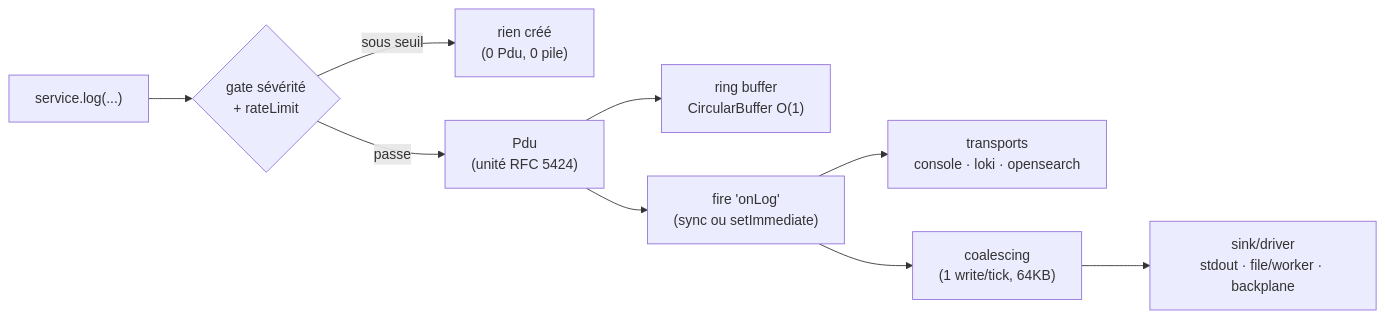
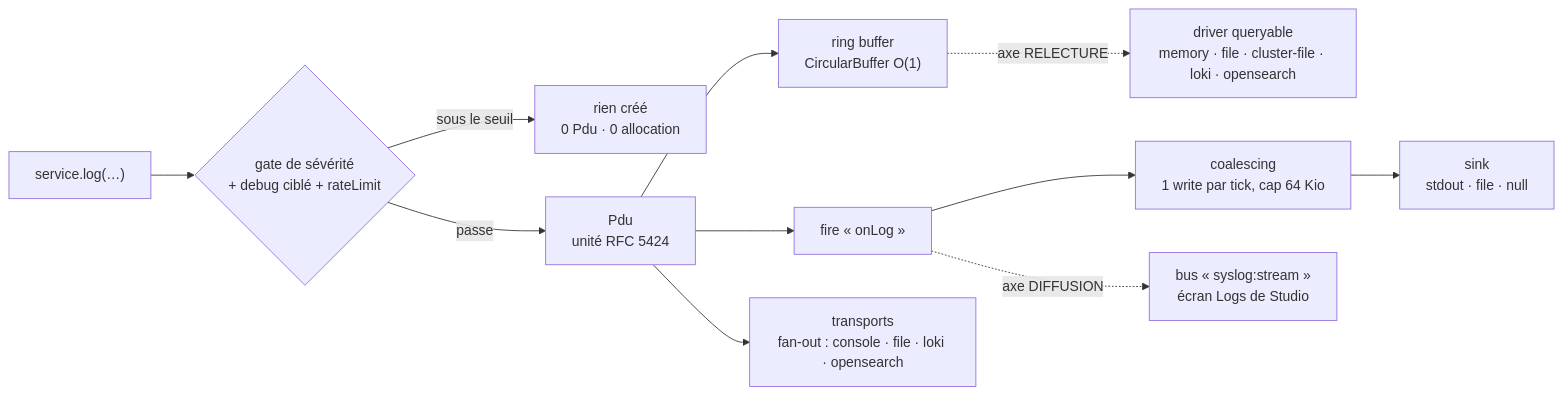
Before and after one commit to nodefony/nodefony-core: the diagram in src/nodefony/docs/syslog.md, drawn with Mermaid. The commit also changed other lines of this file and 8 other files, not shown here.

````diff
--- a/src/nodefony/docs/syslog.md
+++ b/src/nodefony/docs/syslog.md
@@ -28,11 +52,13 @@
 ```mermaid
 flowchart LR
-  Src["service.log(...)"] --> G{"gate sévérité<br/>+ rateLimit"}
-  G -->|sous seuil| DROP["rien créé<br/>(0 Pdu, 0 pile)"]
-  G -->|passe| P["Pdu<br/>(unité RFC 5424)"]
+  Src["service.log(…)"] --> G{"gate de sévérité<br/>+ debug ciblé + rateLimit"}
+  G -->|sous le seuil| DROP["rien créé<br/>0 Pdu · 0 allocation"]
+  G -->|passe| P["Pdu<br/>unité RFC 5424"]
   P --> R["ring buffer<br/>CircularBuffer O(1)"]
-  P --> OL["fire 'onLog'<br/>(sync ou setImmediate)"]
-  OL --> T["transports<br/>console · loki · opensearch"]
-  OL --> W["coalescing<br/>(1 write/tick, 64KB)"]
-  W --> SK["sink/driver<br/>stdout · file/worker · backplane"]
+  P --> OL["fire « onLog »"]
+  P --> T["transports<br/>fan-out : console · file · loki · opensearch"]
+  OL --> W["coalescing<br/>1 write par tick, cap 64 Kio"]
+  W --> SK["sink<br/>stdout · file · null"]
+  R -.->|axe RELECTURE| Q["driver queryable<br/>memory · file · cluster-file · loki · opensearch"]
+  OL -.->|axe DIFFUSION| ST["bus « syslog:stream »<br/>écran Logs de Studio"]
 ```
````
